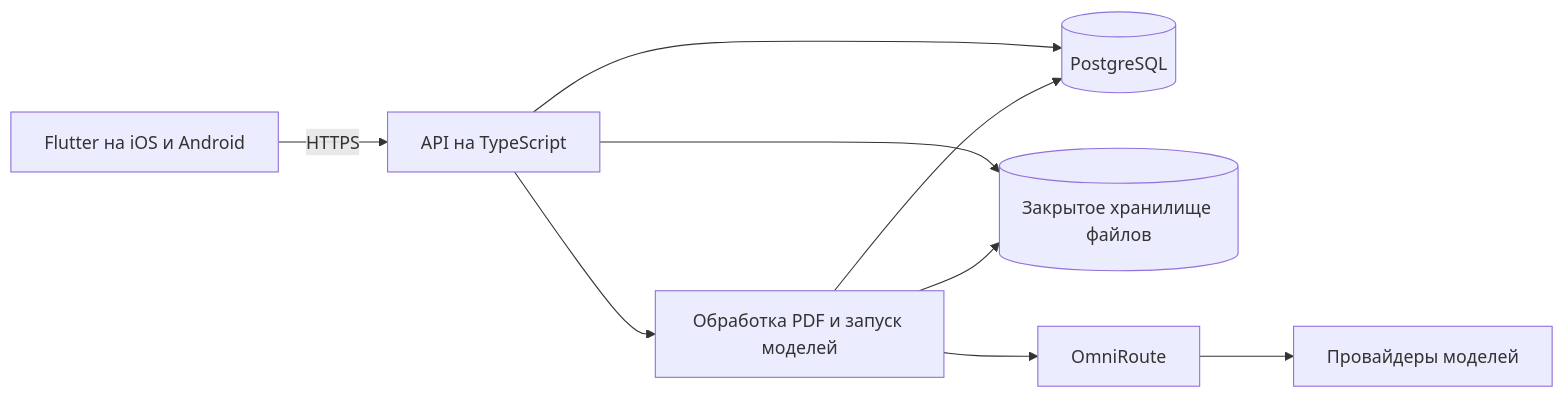
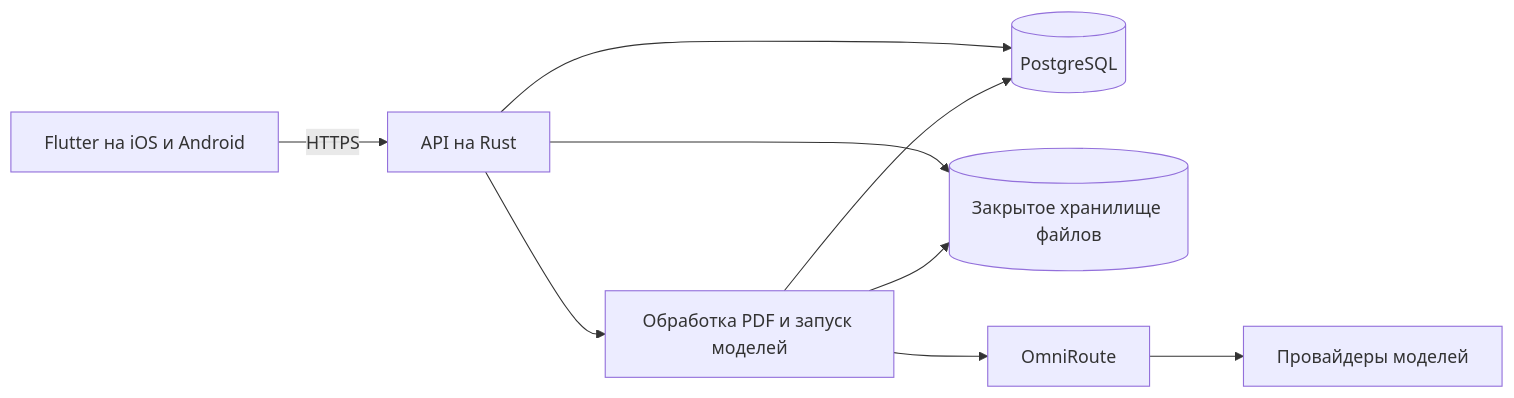
The diagram in ISKRA-SPEC.md (yuliitezarygml/universal), drawn with Mermaid before and after one commit. The commit also changed other lines of this file and 2 other files, not shown here.

````diff
--- a/ISKRA-SPEC.md
+++ b/ISKRA-SPEC.md
@@ -68,11 +79,11 @@
 ```mermaid
 flowchart LR
-    Mobile[Flutter на iOS и Android] -->|HTTPS| Backend[API на TypeScript]
+    Mobile[Flutter на iOS и Android] -->|HTTPS| Backend[API на Rust]
     Backend --> Postgres[(PostgreSQL)]
     Backend --> Files[(Закрытое хранилище файлов)]
     Backend --> Worker[Обработка PDF и запуск моделей]
     Worker --> Postgres
     Worker --> Files
     Worker --> Router[OmniRoute]
     Router --> Providers[Провайдеры моделей]
 ```
````
